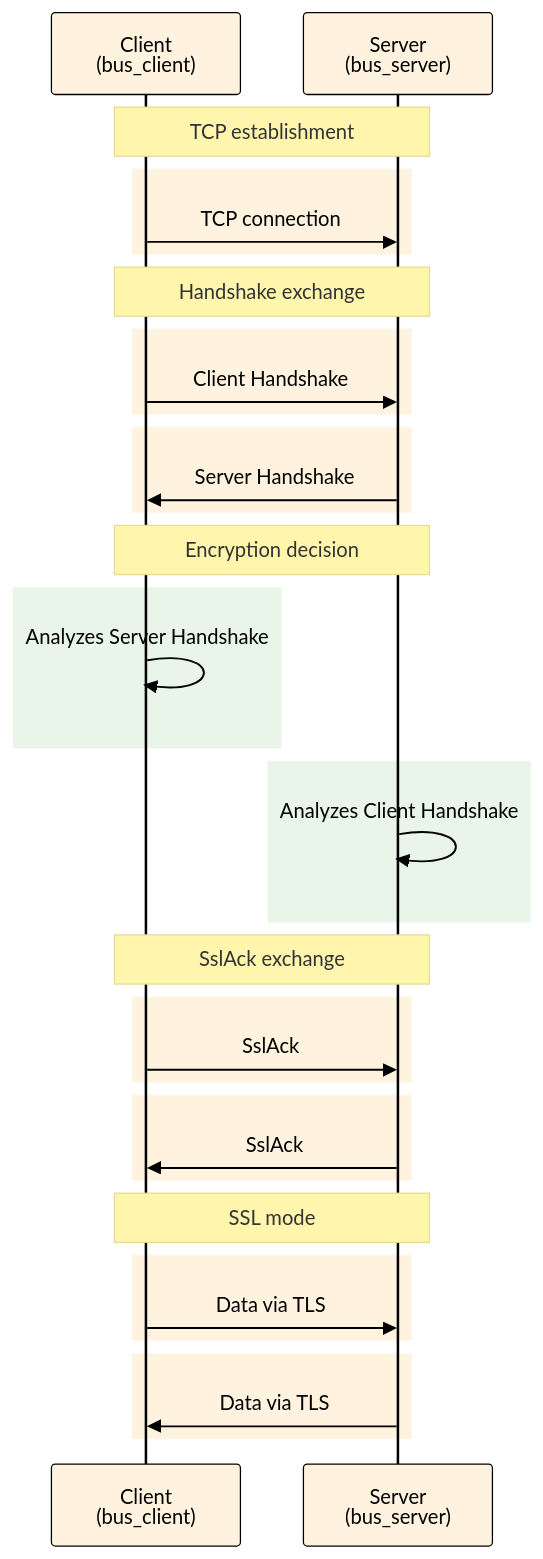
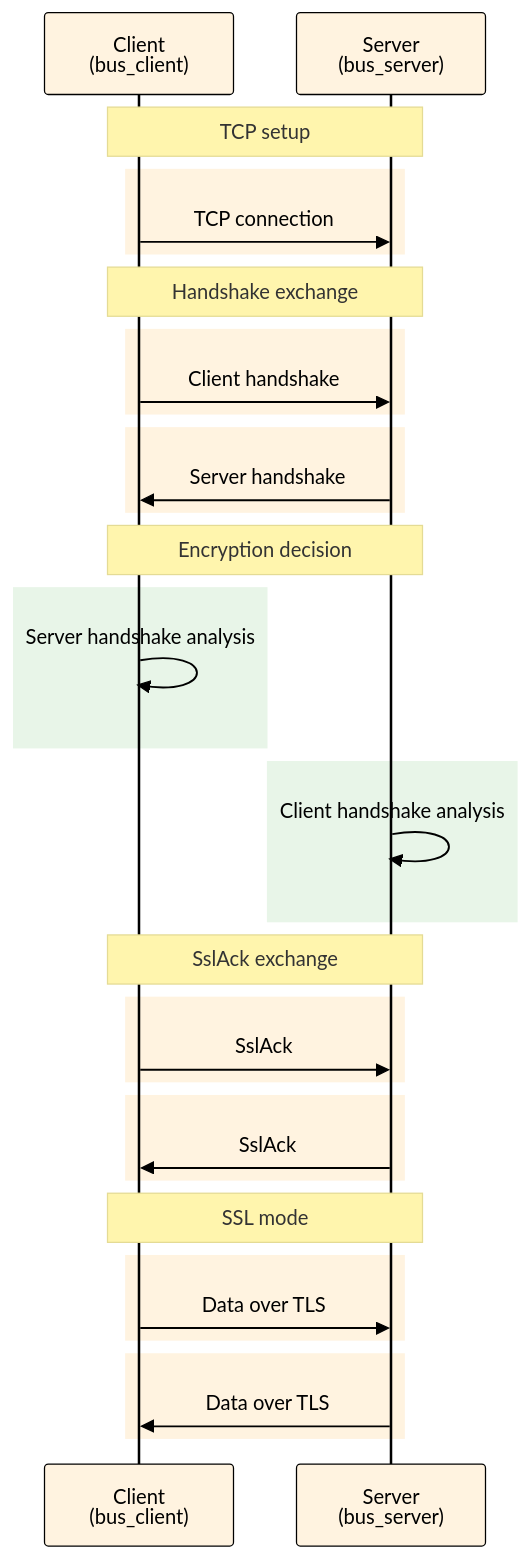
Before and after one commit to ytsaurus/ytsaurus: the second of 2 diagrams in yt/docs/en/_includes/admin-guide/native-encryption.md, drawn with Mermaid. The commit also changed other lines of this file and 1 other file, not shown here.

````diff
--- a/yt/docs/en/_includes/admin-guide/native-encryption.md
+++ b/yt/docs/en/_includes/admin-guide/native-encryption.md
@@ -92,43 +98,43 @@
 ```mermaid
 %%{init: {'theme':'base', 'themeVariables': { 'fontSize': '5px', 'fontFamily': 'Arial', 'primaryColor': '#fff3e0', 'primaryTextColor': '#000', 'primaryBorderColor': '#000', 'lineColor': '#000', 'secondaryColor': '#e8f5e8', 'tertiaryColor': '#f3e5f5' }, 'sequence': { 'autonumber': false } }}%%
 sequenceDiagram
     participant C as Client<br/>(bus_client)
     participant S as Server<br/>(bus_server)
 
-    Note over C,S: TCP establishment
+    Note over C,S: TCP setup
     rect rgb(255, 243, 224)
     C->>S: TCP connection
     end
 
     Note over C,S: Handshake exchange
     rect rgb(255, 243, 224)
-    C->>S: Client Handshake
+    C->>S: Client handshake
     end
     rect rgb(255, 243, 224)
-    S->>C: Server Handshake
+    S->>C: Server handshake
     end
 
     Note over C,S: Encryption decision
     rect rgb(232, 245, 232)
-    C->>C: Analyzes Server Handshake
+    C->>C: Server handshake analysis
     end
     rect rgb(232, 245, 232)
-    S->>S: Analyzes Client Handshake
+    S->>S: Client handshake analysis
     end
 
     Note over C,S: SslAck exchange
     rect rgb(255, 243, 224)
     C->>S: SslAck
     end
     rect rgb(255, 243, 224)
     S->>C: SslAck
     end
 
     Note over C,S: SSL mode
     rect rgb(255, 243, 224)
-    C->>S: Data via TLS
+    C->>S: Data over TLS
     end
     rect rgb(255, 243, 224)
-    S->>C: Data via TLS
+    S->>C: Data over TLS
     end
 ```
````
